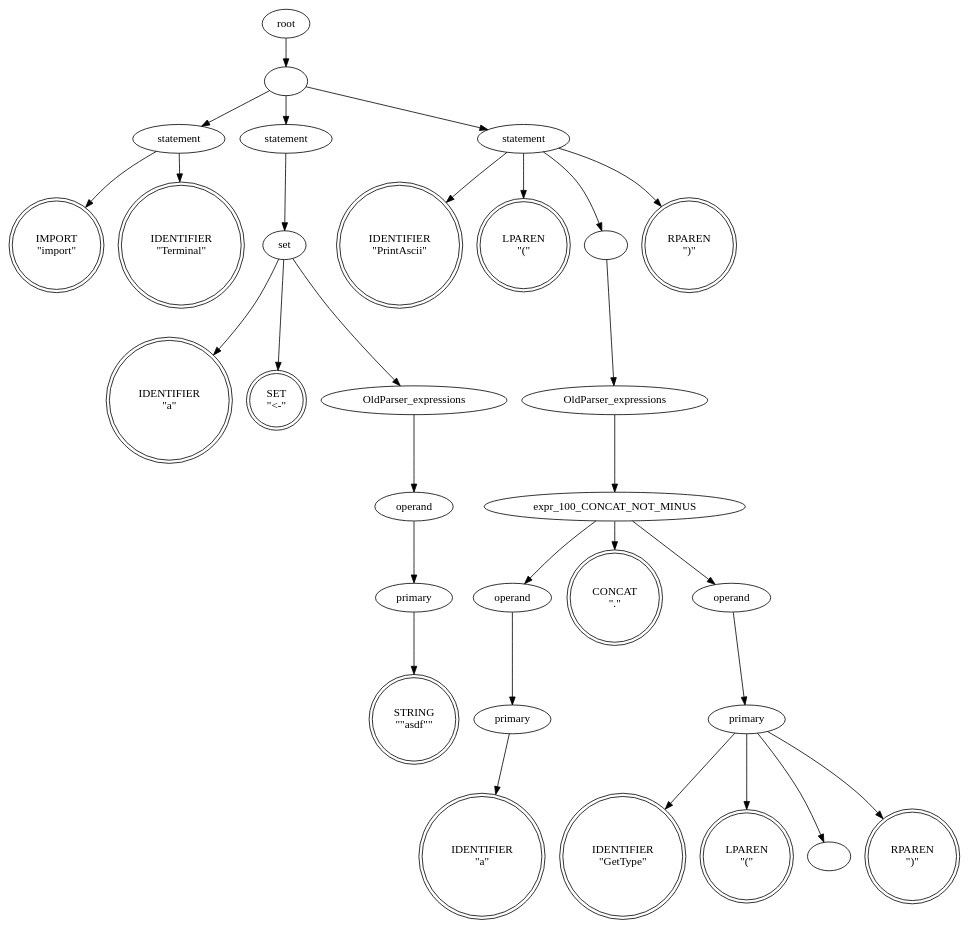
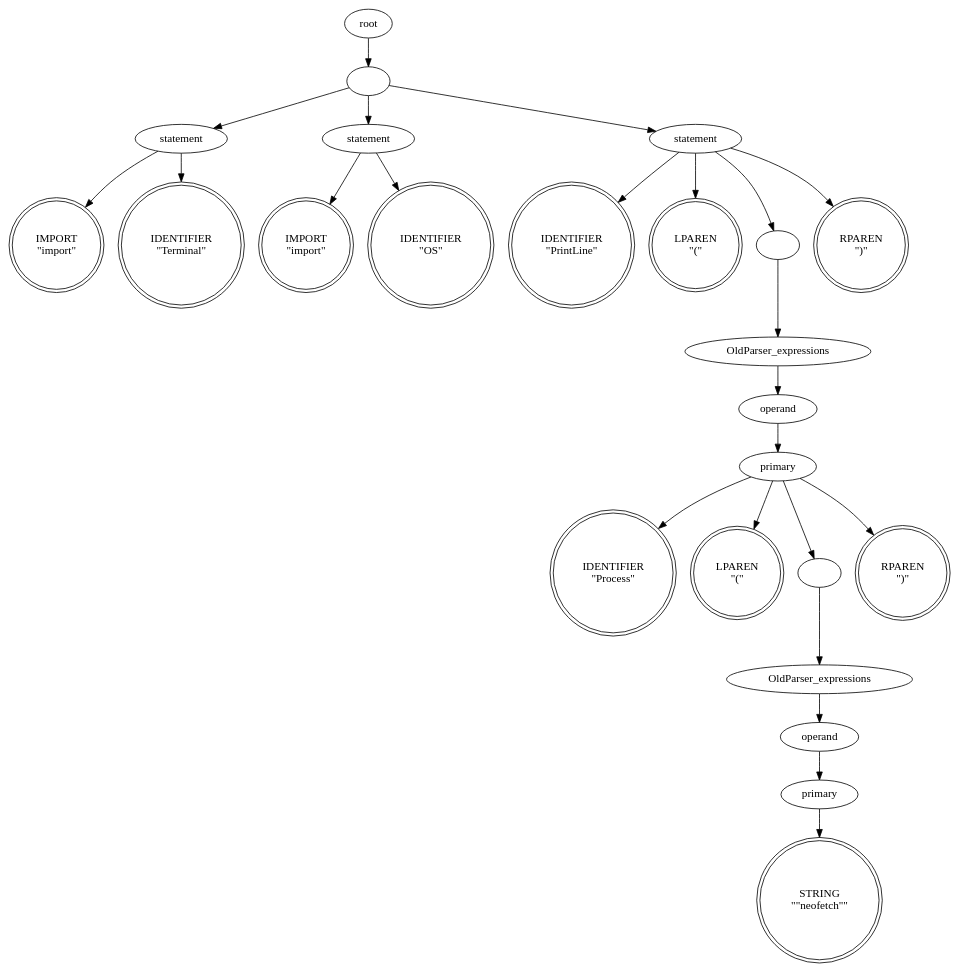
Before and after one commit to lijiajunply/Old8Lang: the diagram in Old8Lang/Ex/tree_By_init.dot, drawn with Graphviz. The commit also changed 5 other files, not shown here.

```diff
--- a/Old8Lang/Ex/tree_By_init.dot
+++ b/Old8Lang/Ex/tree_By_init.dot
@@ -1,91 +1,73 @@
 digraph syntaxtree {
 0 [  label="IMPORT
 \"import\"" shape=doublecircle height=0.50]
 1 [  label="IDENTIFIER
 \"Terminal\"" shape=doublecircle height=0.50]
 2 [  label="statement" shape=ellipse fontcolor=black height=0.50]
 2 [  label="statement" shape=ellipse fontcolor=black height=0.50]
-3 [  label="IDENTIFIER
-\"a\"" shape=doublecircle height=0.50]
-4 [  label="SET
-\"<-\"" shape=doublecircle height=0.50]
-5 [  label="STRING
-\"\"asdf\"\"" shape=doublecircle height=0.50]
-6 [  label="primary" shape=ellipse fontcolor=black height=0.50]
-6 [  label="primary" shape=ellipse fontcolor=black height=0.50]
-7 [  label="operand" shape=ellipse fontcolor=black height=0.50]
-7 [  label="operand" shape=ellipse fontcolor=black height=0.50]
-8 [  label="OldParser_expressions" shape=ellipse fontcolor=black height=0.50]
-8 [  label="OldParser_expressions" shape=ellipse fontcolor=black height=0.50]
-9 [  label="set" shape=ellipse fontcolor=black height=0.50]
-9 [  label="set" shape=ellipse fontcolor=black height=0.50]
-10 [  label="statement" shape=ellipse fontcolor=black height=0.50]
-10 [  label="statement" shape=ellipse fontcolor=black height=0.50]
-11 [  label="IDENTIFIER
-\"PrintAscii\"" shape=doublecircle height=0.50]
-12 [  label="LPAREN
+3 [  label="IMPORT
+\"import\"" shape=doublecircle height=0.50]
+4 [  label="IDENTIFIER
+\"OS\"" shape=doublecircle height=0.50]
+5 [  label="statement" shape=ellipse fontcolor=black height=0.50]
+5 [  label="statement" shape=ellipse fontcolor=black height=0.50]
+6 [  label="IDENTIFIER
+\"PrintLine\"" shape=doublecircle height=0.50]
+7 [  label="LPAREN
 \"(\"" shape=doublecircle height=0.50]
-13 [  label="IDENTIFIER
-\"a\"" shape=doublecircle height=0.50]
-14 [  label="primary" shape=ellipse fontcolor=black height=0.50]
-14 [  label="primary" shape=ellipse fontcolor=black height=0.50]
-15 [  label="operand" shape=ellipse fontcolor=black height=0.50]
-15 [  label="operand" shape=ellipse fontcolor=black height=0.50]
-16 [  label="CONCAT
-\".\"" shape=doublecircle height=0.50]
-17 [  label="IDENTIFIER
-\"GetType\"" shape=doublecircle height=0.50]
-18 [  label="LPAREN
+8 [  label="IDENTIFIER
+\"Process\"" shape=doublecircle height=0.50]
+9 [  label="LPAREN
 \"(\"" shape=doublecircle height=0.50]
+10 [  label="STRING
+\"\"neofetch\"\"" shape=doublecircle height=0.50]
+11 [  label="primary" shape=ellipse fontcolor=black height=0.50]
+11 [  label="primary" shape=ellipse fontcolor=black height=0.50]
+12 [  label="operand" shape=ellipse fontcolor=black height=0.50]
+12 [  label="operand" shape=ellipse fontcolor=black height=0.50]
+13 [  label="OldParser_expressions" shape=ellipse fontcolor=black height=0.50]
+13 [  label="OldParser_expressions" shape=ellipse fontcolor=black height=0.50]
+14 [  label="" shape=ellipse fontcolor=black height=0.50]
+14 [  label="" shape=ellipse fontcolor=black height=0.50]
+15 [  label="RPAREN
+\")\"" shape=doublecircle height=0.50]
+16 [  label="primary" shape=ellipse fontcolor=black height=0.50]
+16 [  label="primary" shape=ellipse fontcolor=black height=0.50]
+17 [  label="operand" shape=ellipse fontcolor=black height=0.50]
+17 [  label="operand" shape=ellipse fontcolor=black height=0.50]
+18 [  label="OldParser_expressions" shape=ellipse fontcolor=black height=0.50]
+18 [  label="OldParser_expressions" shape=ellipse fontcolor=black height=0.50]
 19 [  label="" shape=ellipse fontcolor=black height=0.50]
 19 [  label="" shape=ellipse fontcolor=black height=0.50]
 20 [  label="RPAREN
 \")\"" shape=doublecircle height=0.50]
-21 [  label="primary" shape=ellipse fontcolor=black height=0.50]
-21 [  label="primary" shape=ellipse fontcolor=black height=0.50]
-22 [  label="operand" shape=ellipse fontcolor=black height=0.50]
-22 [  label="operand" shape=ellipse fontcolor=black height=0.50]
-23 [  label="expr_100_CONCAT_NOT_MINUS" shape=ellipse fontcolor=black height=0.50]
-23 [  label="expr_100_CONCAT_NOT_MINUS" shape=ellipse fontcolor=black height=0.50]
-24 [  label="OldParser_expressions" shape=ellipse fontcolor=black height=0.50]
-24 [  label="OldParser_expressions" shape=ellipse fontcolor=black height=0.50]
-25 [  label="" shape=ellipse fontcolor=black height=0.50]
-25 [  label="" shape=ellipse fontcolor=black height=0.50]
-26 [  label="RPAREN
-\")\"" shape=doublecircle height=0.50]
-27 [  label="statement" shape=ellipse fontcolor=black height=0.50]
-27 [  label="statement" shape=ellipse fontcolor=black height=0.50]
-28 [  label="" shape=ellipse fontcolor=black height=0.50]
-28 [  label="" shape=ellipse fontcolor=black height=0.50]
-29 [  label="root" shape=ellipse fontcolor=black height=0.50]
-29 [  label="root" shape=ellipse fontcolor=black height=0.50]
+21 [  label="statement" shape=ellipse fontcolor=black height=0.50]
+21 [  label="statement" shape=ellipse fontcolor=black height=0.50]
+22 [  label="" shape=ellipse fontcolor=black height=0.50]
+22 [  label="" shape=ellipse fontcolor=black height=0.50]
+23 [  label="root" shape=ellipse fontcolor=black height=0.50]
+23 [  label="root" shape=ellipse fontcolor=black height=0.50]
 2->0 [  arrowshape=none];
 2->1 [  arrowshape=none];
-6->5 [  arrowshape=none];
-7->6 [  arrowshape=none];
-8->7 [  arrowshape=none];
-9->3 [  arrowshape=none];
-9->4 [  arrowshape=none];
-9->8 [  arrowshape=none];
-10->9 [  arrowshape=none];
+5->3 [  arrowshape=none];
+5->4 [  arrowshape=none];
+11->10 [  arrowshape=none];
+12->11 [  arrowshape=none];
+13->12 [  arrowshape=none];
 14->13 [  arrowshape=none];
-15->14 [  arrowshape=none];
-21->17 [  arrowshape=none];
-21->18 [  arrowshape=none];
+16->8 [  arrowshape=none];
+16->9 [  arrowshape=none];
+16->14 [  arrowshape=none];
+16->15 [  arrowshape=none];
+17->16 [  arrowshape=none];
+18->17 [  arrowshape=none];
+19->18 [  arrowshape=none];
+21->6 [  arrowshape=none];
+21->7 [  arrowshape=none];
 21->19 [  arrowshape=none];
 21->20 [  arrowshape=none];
+22->2 [  arrowshape=none];
+22->5 [  arrowshape=none];
 22->21 [  arrowshape=none];
-23->15 [  arrowshape=none];
-23->16 [  arrowshape=none];
 23->22 [  arrowshape=none];
-24->23 [  arrowshape=none];
-25->24 [  arrowshape=none];
-27->11 [  arrowshape=none];
-27->12 [  arrowshape=none];
-27->25 [  arrowshape=none];
-27->26 [  arrowshape=none];
-28->2 [  arrowshape=none];
-28->10 [  arrowshape=none];
-28->27 [  arrowshape=none];
-29->28 [  arrowshape=none];
 }
```
